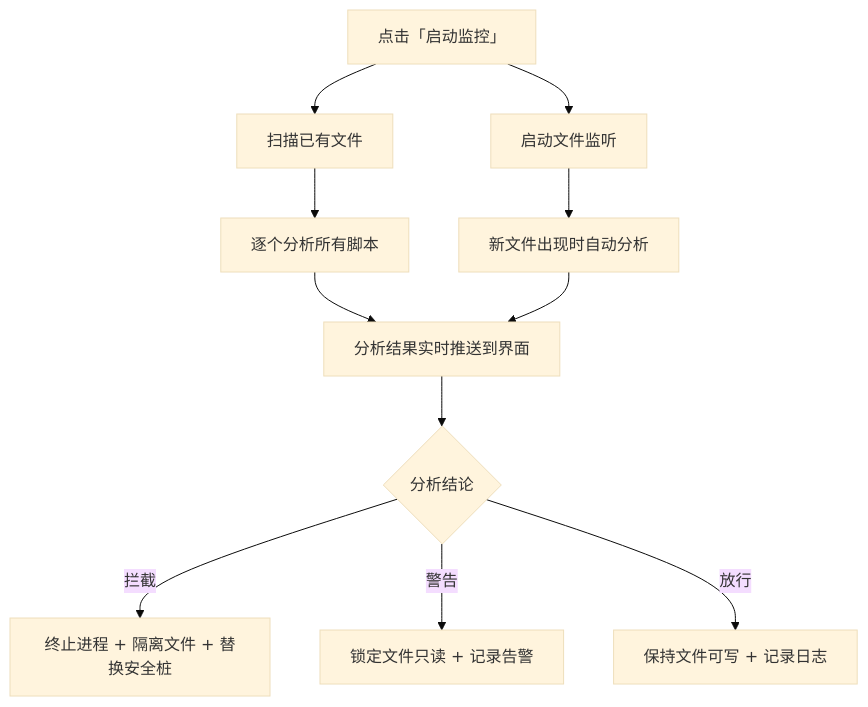
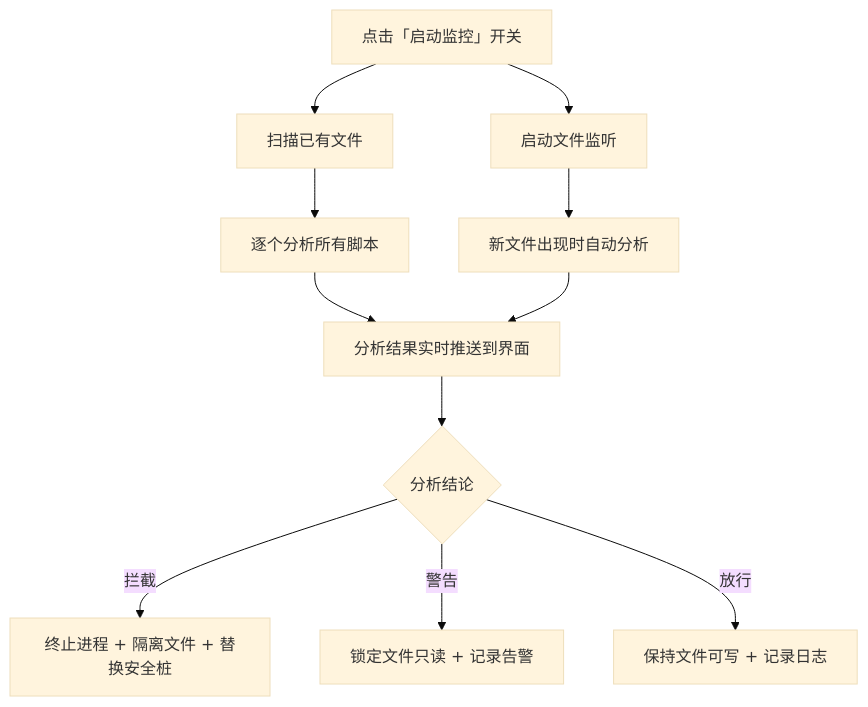
The first of 2 diagrams in CN/04-monitoring.md (PolyUxAISecurity/AgentSec-UserDoc), drawn with Mermaid (base theme) before and after one commit. The commit also changed other lines of this file and 175 other files, not shown here.

````diff
--- a/CN/04-monitoring.md
+++ b/CN/04-monitoring.md
@@ -66,13 +66,13 @@
 ```mermaid
 graph TD
-    A[点击「启动监控」] --> B[扫描已有文件]
+    A[点击「启动监控」开关] --> B[扫描已有文件]
     A --> C[启动文件监听]
     B --> D[逐个分析所有脚本]
     C --> E[新文件出现时自动分析]
     D --> F[分析结果实时推送到界面]
     E --> F
     F --> G{分析结论}
     G -->|拦截| H[终止进程 + 隔离文件 + 替换安全桩]
     G -->|警告| I[锁定文件只读 + 记录告警]
     G -->|放行| J[保持文件可写 + 记录日志]
 ```
````
